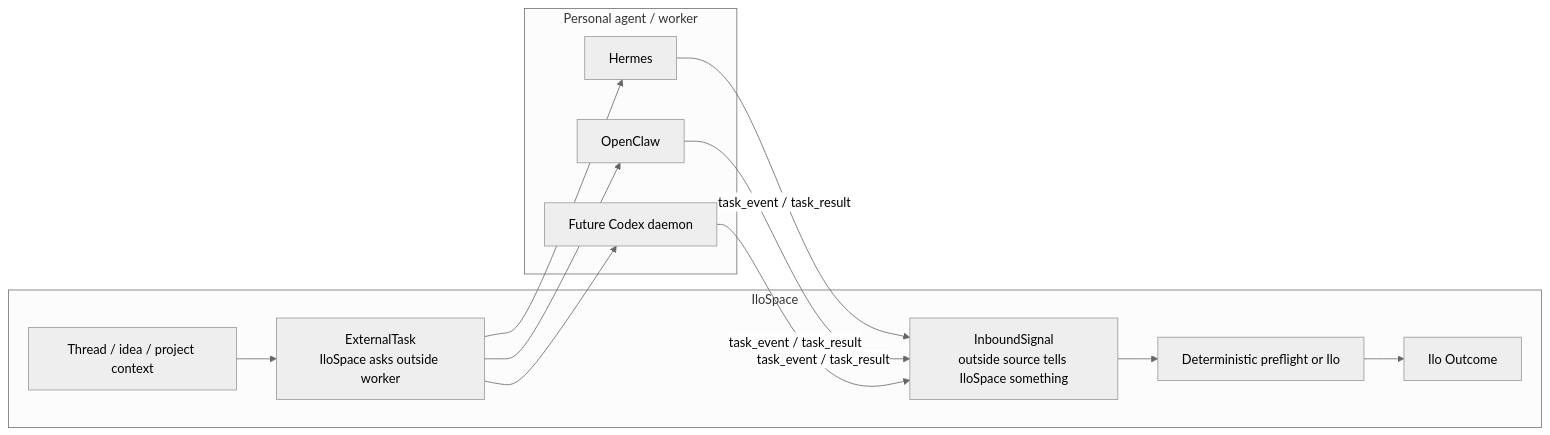
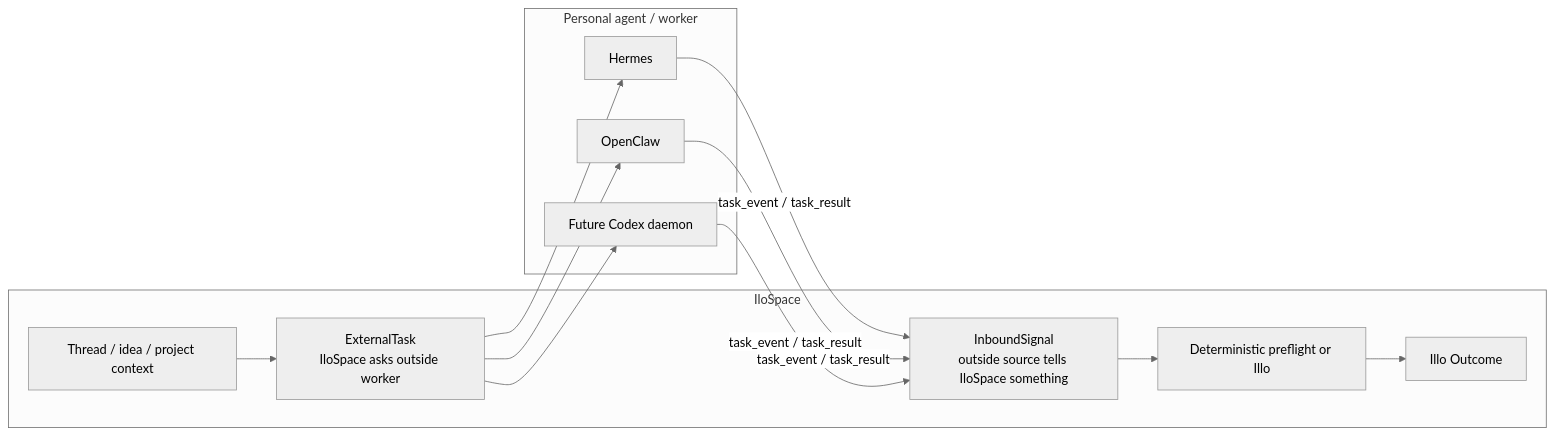
The fifth of 7 diagrams in docs/prd-inbound-coordination-layer.md (Illospace/illospace), drawn with Mermaid (neutral theme) before and after one commit. The commit also changed other lines of this file and 2 other files, not shown here.

````diff
--- a/docs/prd-inbound-coordination-layer.md
+++ b/docs/prd-inbound-coordination-layer.md
@@ -596,28 +628,28 @@
 ```mermaid
 flowchart LR
     subgraph IloSpace["IloSpace"]
         Idea["Thread / idea / project context"]
         Task["ExternalTask<br/>IloSpace asks outside worker"]
         Signal["InboundSignal<br/>outside source tells IloSpace something"]
-        Handler["Deterministic preflight or Ilo"]
-        Outcome["Ilo Outcome"]
+        Handler["Deterministic preflight or Illo"]
+        Outcome["Illo Outcome"]
     end
 
     subgraph PersonalAgent["Personal agent / worker"]
         Hermes["Hermes"]
         OpenClaw["OpenClaw"]
         CodexDaemon["Future Codex daemon"]
     end
 
     Idea --> Task
     Task --> Hermes
     Task --> OpenClaw
     Task --> CodexDaemon
 
     Hermes -->|"task_event / task_result"| Signal
     OpenClaw -->|"task_event / task_result"| Signal
     CodexDaemon -->|"task_event / task_result"| Signal
 
     Signal --> Handler
     Handler --> Outcome
 ```
````
